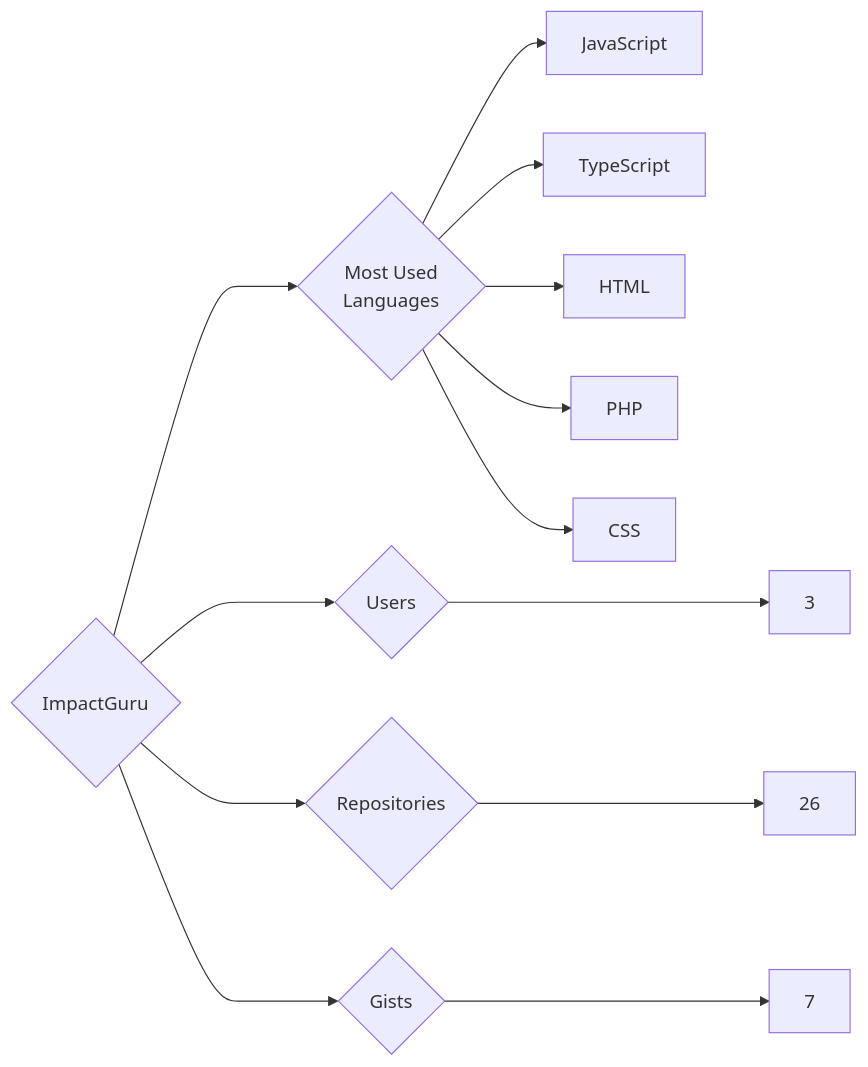
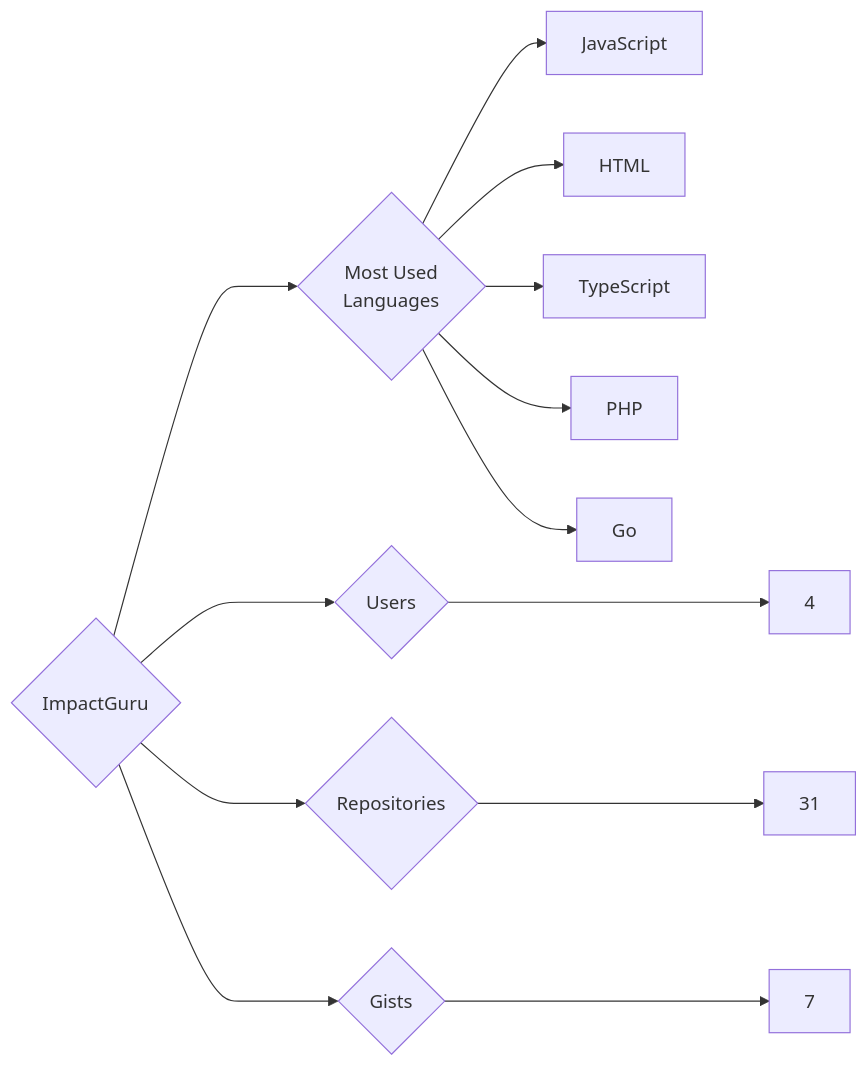
The diagram in targets/ImpactGuru/README.md (trickest/insiders), drawn with Mermaid before and after one commit. The commit also changed 857 other files, not shown here.

````diff
--- a/targets/ImpactGuru/README.md
+++ b/targets/ImpactGuru/README.md
@@ -3,13 +3,13 @@
 ```mermaid
 graph LR
 COMPANY_NAME{ImpactGuru}
-COMPANY_NAME ---> U{Users} ---> UN[3]
-COMPANY_NAME ---> R{Repositories} ---> RN[26]
+COMPANY_NAME ---> U{Users} ---> UN[4]
+COMPANY_NAME ---> R{Repositories} ---> RN[31]
 COMPANY_NAME ---> G{Gists} ---> GN[7]
 COMPANY_NAME ---> ML{Most Used<br>Languages}
 ML --> JavaScript[JavaScript]
+ML --> HTML[HTML]
 ML --> TypeScript[TypeScript]
-ML --> HTML[HTML]
 ML --> PHP[PHP]
-ML --> CSS[CSS]
+ML --> Go[Go]
 ```
````
